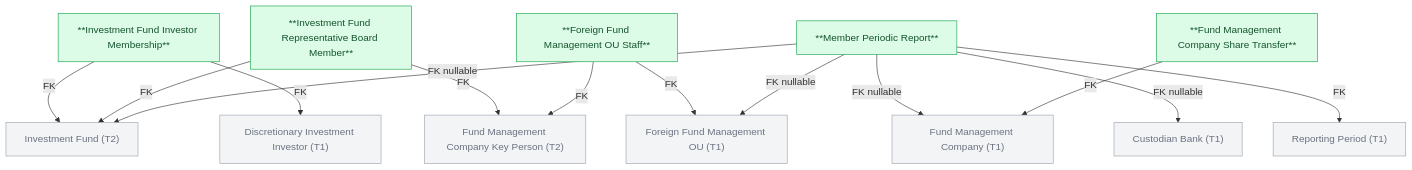
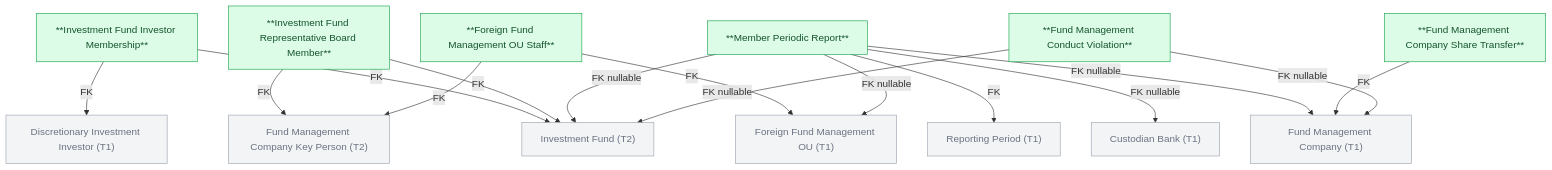
Before and after one commit to linhlvit/ubck_atomic_design: diagram 14 of 14 in Silver/hld/FMS_HLD_Tier3.md, drawn with Mermaid. The commit also changed other lines of this file and 57 other files, not shown here.

````diff
--- a/Silver/hld/FMS_HLD_Tier3.md
+++ b/Silver/hld/FMS_HLD_Tier3.md
@@ -338,33 +389,36 @@
 ```mermaid
 graph TD
     classDef silver fill:#dcfce7,stroke:#16a34a,color:#14532d
     classDef refnode fill:#f3f4f6,stroke:#9ca3af,color:#6b7280
 
     FMC["Fund Management Company (T1)"]:::refnode
     FGOU["Foreign Fund Management OU (T1)"]:::refnode
     BNK["Custodian Bank (T1)"]:::refnode
     DII["Discretionary Investment Investor (T1)"]:::refnode
     RPD["Reporting Period (T1)"]:::refnode
 
     FUND["Investment Fund (T2)"]:::refnode
     KP["Fund Management Company Key Person (T2)"]:::refnode
 
     MBF["**Investment Fund Investor Membership**"]:::silver
     REP["**Investment Fund Representative Board Member**"]:::silver
     STF["**Foreign Fund Management OU Staff**"]:::silver
     RPT["**Member Periodic Report**"]:::silver
     TRF["**Fund Management Company Share Transfer**"]:::silver
+    VIO["**Fund Management Conduct Violation**"]:::silver
 
     MBF -->|FK| FUND
     MBF -->|FK| DII
     REP -->|FK| FUND
     REP -->|FK| KP
     STF -->|FK| FGOU
     STF -->|FK| KP
     RPT -->|FK nullable| FMC
     RPT -->|FK nullable| FUND
     RPT -->|FK nullable| BNK
     RPT -->|FK nullable| FGOU
     RPT -->|FK| RPD
     TRF -->|FK| FMC
+    VIO -->|FK nullable| FMC
+    VIO -->|FK nullable| FUND
 ```
````
